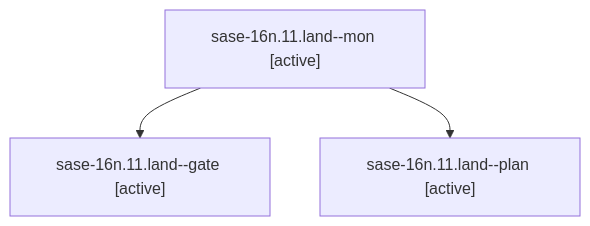
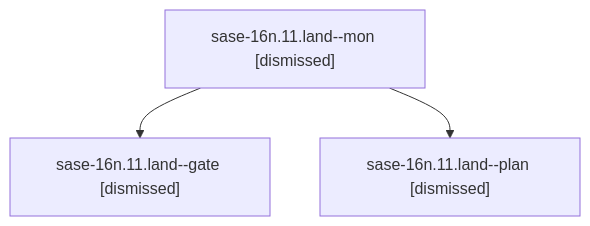
Before and after one commit to sase-org/sase--agents: the diagram in sessions/bbugyi200.athena.sase-16n.11.land.md, drawn with Mermaid. The commit also changed other lines of this file and 158 other files, not shown here.

````diff
--- a/sessions/bbugyi200.athena.sase-16n.11.land.md
+++ b/sessions/bbugyi200.athena.sase-16n.11.land.md
@@ -9,8 +9,8 @@
 ```mermaid
 flowchart TD
-  n0["sase-16n.11.land--mon [active]"]
-  n1["sase-16n.11.land--gate [active]"]
+  n0["sase-16n.11.land--mon [dismissed]"]
+  n1["sase-16n.11.land--gate [dismissed]"]
   n0 --> n1
-  n2["sase-16n.11.land--plan [active]"]
+  n2["sase-16n.11.land--plan [dismissed]"]
   n0 --> n2
 ```
````
